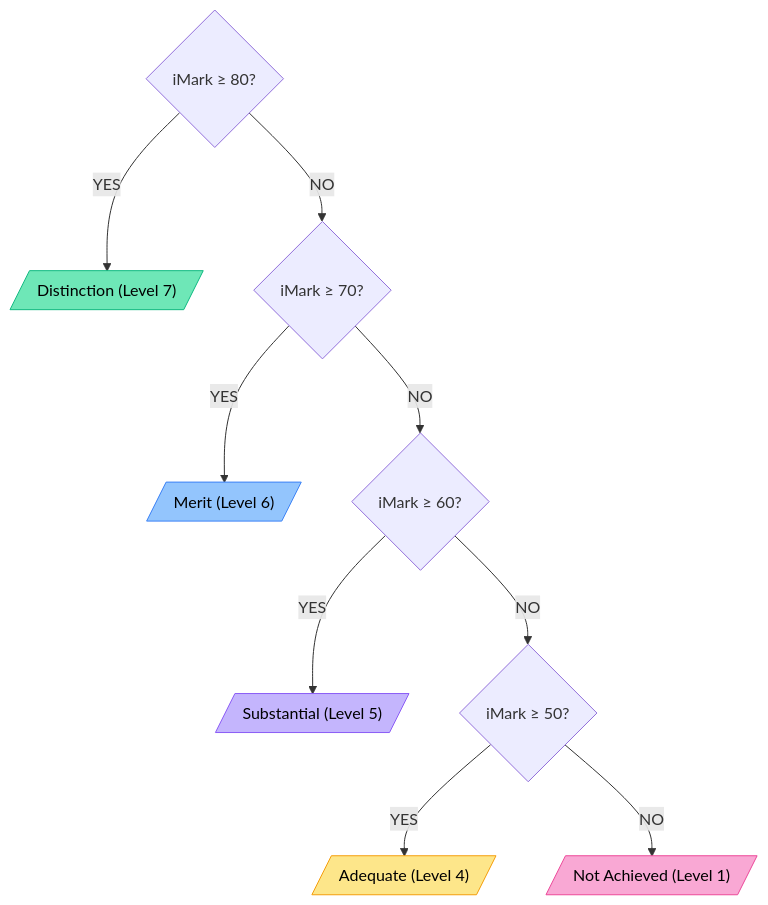
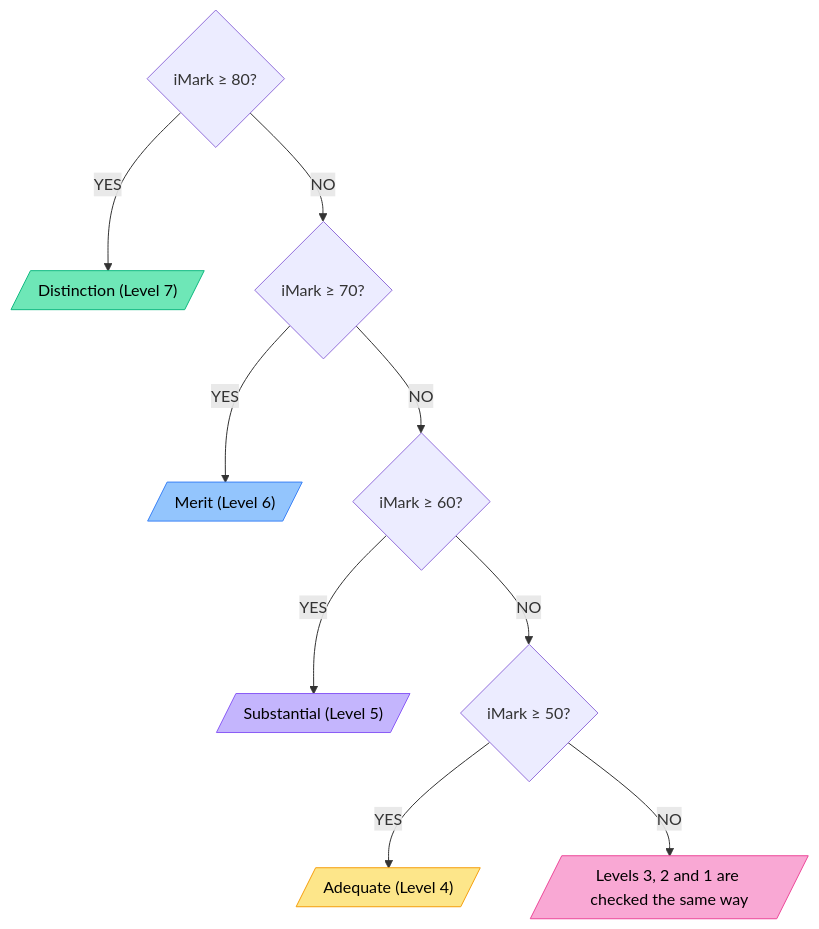
Before and after one commit to MrCooksIT/it-gateway: the diagram in docs/practical/delphi/selection.md, drawn with Mermaid. The commit also changed other lines of this file and 11 other files, not shown here.

````diff
--- a/docs/practical/delphi/selection.md
+++ b/docs/practical/delphi/selection.md
@@ -141,16 +141,16 @@
 ```mermaid
 flowchart TD
     A{"iMark ≥ 80?"} -->|YES| R1[/"Distinction (Level 7)"/]
     A -->|NO| B{"iMark ≥ 70?"}
     B -->|YES| R2[/"Merit (Level 6)"/]
     B -->|NO| C{"iMark ≥ 60?"}
     C -->|YES| R3[/"Substantial (Level 5)"/]
     C -->|NO| D{"iMark ≥ 50?"}
     D -->|YES| R4[/"Adequate (Level 4)"/]
-    D -->|NO| R5[/"Not Achieved (Level 1)"/]
+    D -->|NO| R5[/"Levels 3, 2 and 1 are checked the same way"/]
     style R1 fill:#6ee7b7,stroke:#10b981,color:#000
     style R2 fill:#93c5fd,stroke:#3b82f6,color:#000
     style R3 fill:#c4b5fd,stroke:#8b5cf6,color:#000
     style R4 fill:#fde68a,stroke:#f59e0b,color:#000
     style R5 fill:#f9a8d4,stroke:#ec4899,color:#000
 ```
````
